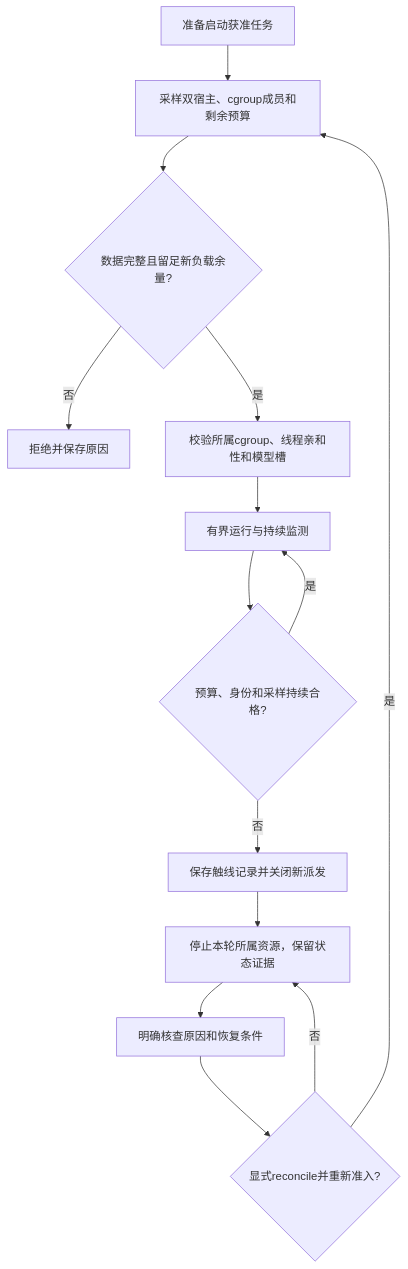
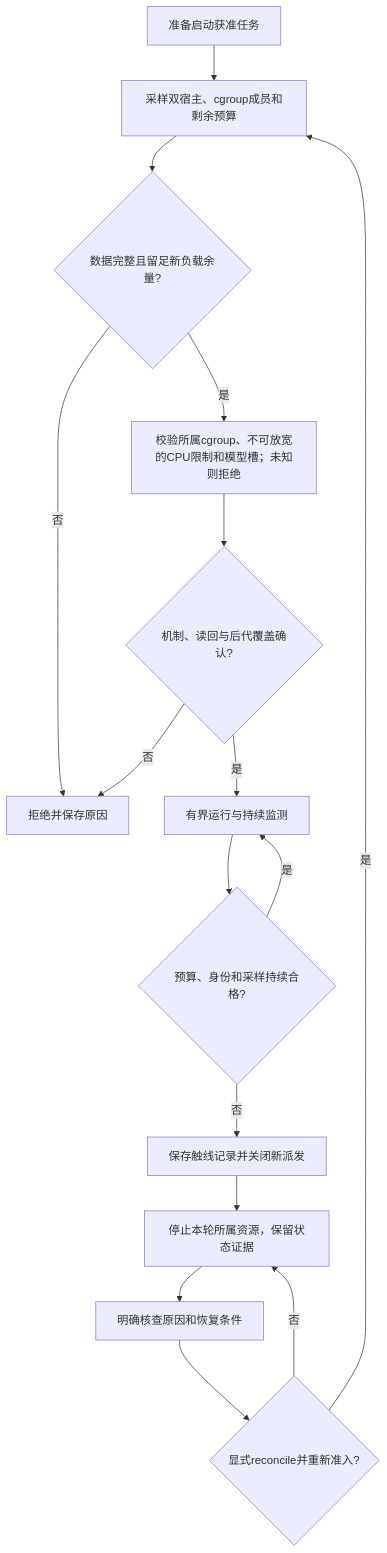
One commit to zcimon57-svj/hermes-webui-engine-hub changed the sixth of 6 diagrams in engine_hub/architecture/goals/execution-requirements.md. Above: the diagram before and after it, drawn with Mermaid. The commit also changed other lines of this file and 10 other files, not shown here.

````diff
--- a/engine_hub/architecture/goals/execution-requirements.md
+++ b/engine_hub/architecture/goals/execution-requirements.md
@@ -158,16 +168,18 @@
 ```mermaid
 flowchart TD
   REQ[准备启动获准任务] --> SAMPLE["采样双宿主、cgroup成员和剩余预算"]
   SAMPLE --> VALID{"数据完整且留足新负载余量?"}
   VALID -->|否| DENY[拒绝并保存原因]
-  VALID -->|是| ENTER["校验所属cgroup、线程亲和性和模型槽"]
-  ENTER --> RUN[有界运行与持续监测]
+  VALID -->|是| ENTER["校验所属cgroup、不可放宽的CPU限制和模型槽；未知则拒绝"]
+  ENTER --> CPUOK{"机制、读回与后代覆盖确认?"}
+  CPUOK -->|否| DENY
+  CPUOK -->|是| RUN[有界运行与持续监测]
   RUN --> OK{"预算、身份和采样持续合格?"}
   OK -->|是| RUN
   OK -->|否| TRIP[保存触线记录并关闭新派发]
   TRIP --> STOP["停止本轮所属资源，保留状态证据"]
   STOP --> FIX[明确核查原因和恢复条件]
   FIX --> EXPLICIT{"显式reconcile并重新准入?"}
   EXPLICIT -->|否| STOP
   EXPLICIT -->|是| SAMPLE
 ```
````
